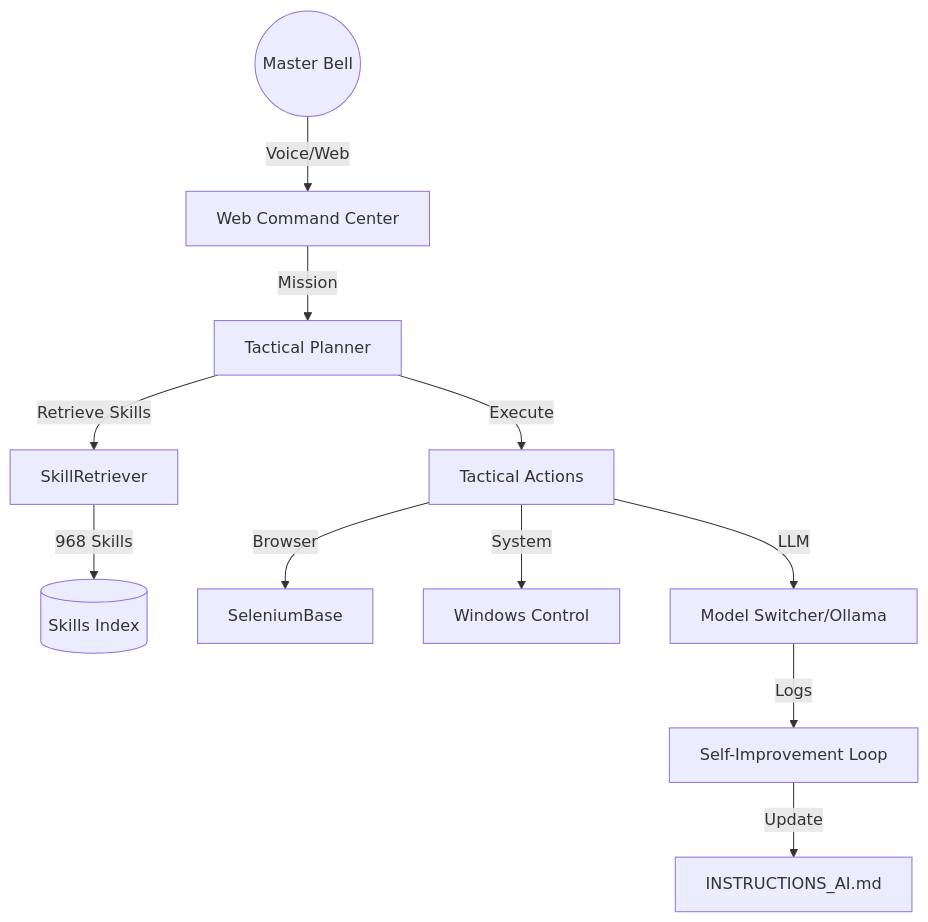
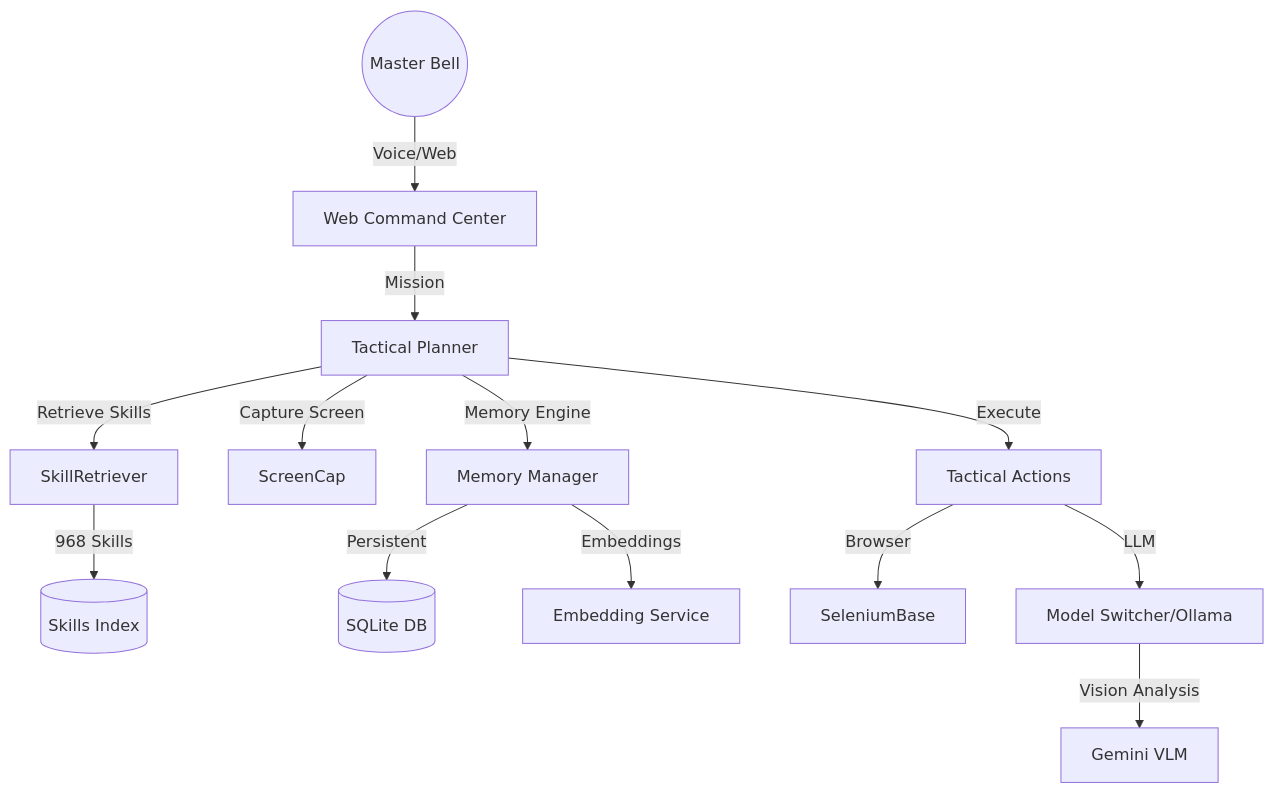
The diagram in readme.md (Endsi3g/M.Alfred-The-personal-assistant-of-Uprising-Studio-), drawn with Mermaid before and after one commit. The commit also changed other lines of this file and 11 other files, not shown here.

````diff
--- a/readme.md
+++ b/readme.md
@@ -62,13 +63,15 @@
 ```mermaid
 graph TD
     User((Master Bell)) --> |Voice/Web| UI[Web Command Center]
     UI --> |Mission| Planner[Tactical Planner]
     Planner --> |Retrieve Skills| RAG[SkillRetriever]
     RAG --> |968 Skills| Index[(Skills Index)]
+    Planner --> |Capture Screen| Vision[ScreenCap]
+    Planner --> |Memory Engine| Mem[Memory Manager]
+    Mem --> |Persistent| DB[(SQLite DB)]
+    Mem --> |Embeddings| Embed[Embedding Service]
     Planner --> |Execute| Actions[Tactical Actions]
     Actions --> |Browser| SB[SeleniumBase]
-    Actions --> |System| Disk[Windows Control]
     Actions --> |LLM| UnifiedLLM[Model Switcher/Ollama]
-    UnifiedLLM --> |Logs| Reflection[Self-Improvement Loop]
-    Reflection --> |Update| Protocols[INSTRUCTIONS_AI.md]
+    UnifiedLLM --> |Vision Analysis| GEMINI[Gemini VLM]
 ```
````
